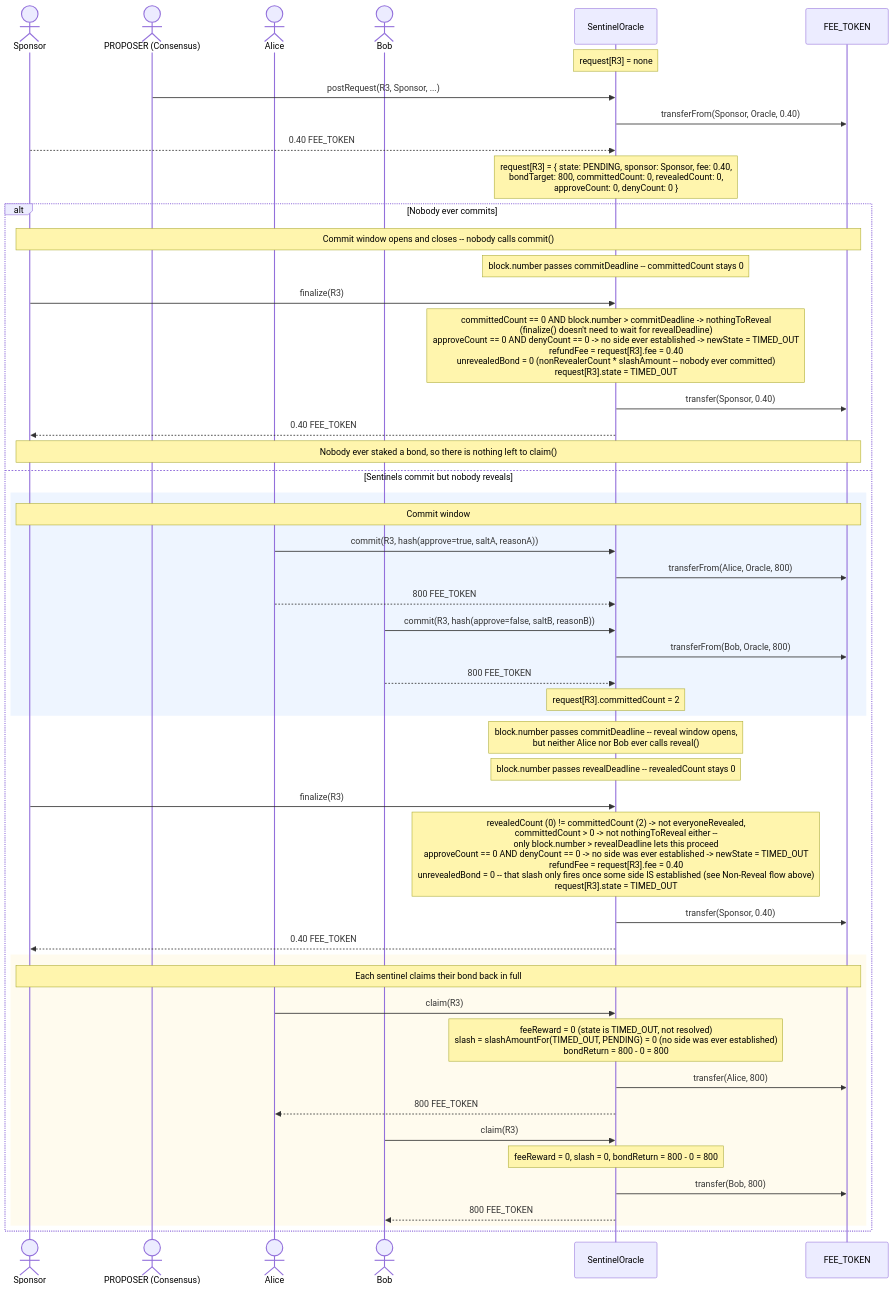
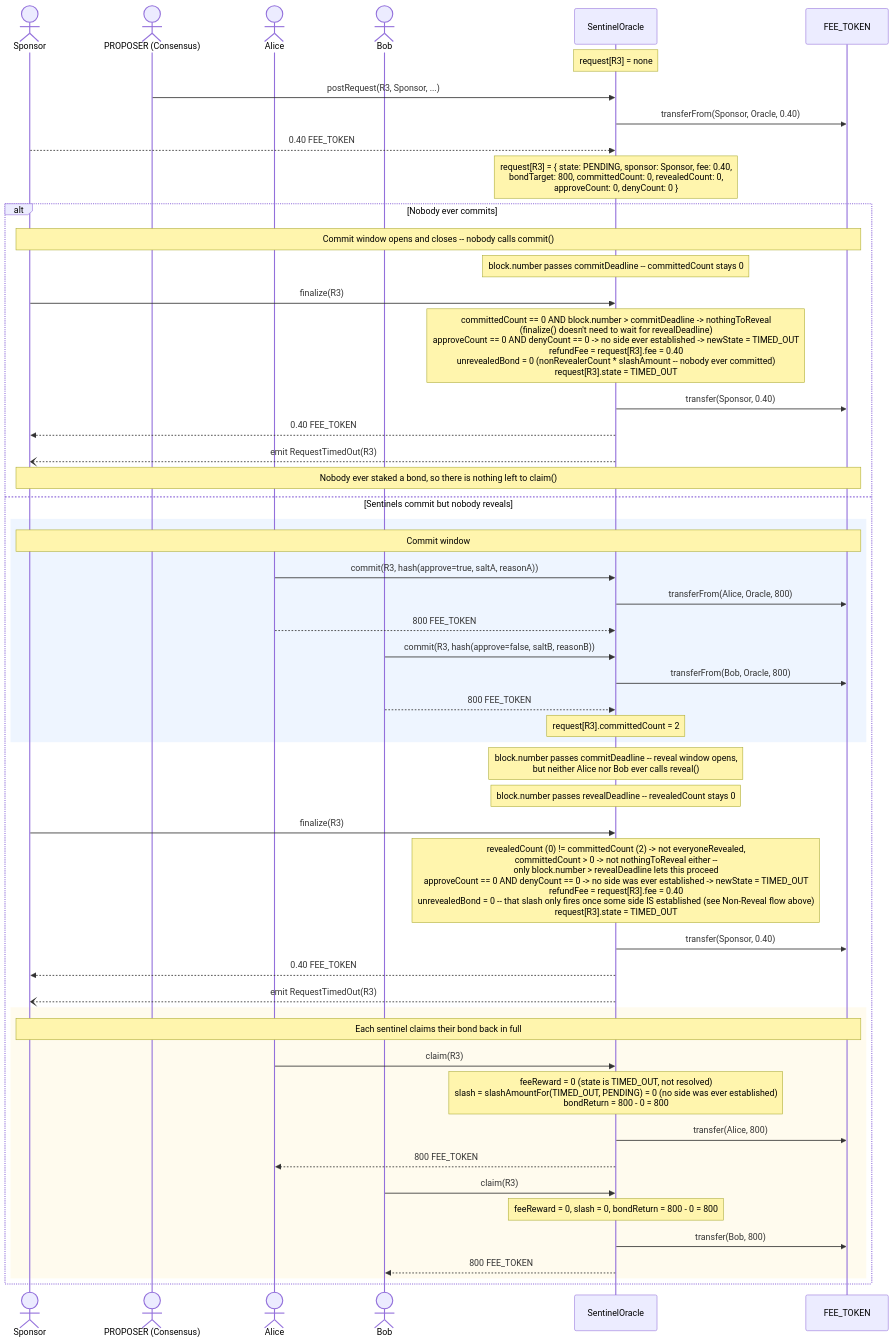
Before and after one commit to safe-research/safenet: the fifth of 5 diagrams in contracts/docs/SentinelOracle.md, drawn with Mermaid. The commit also changed other lines of this file and 2 other files, not shown here.

First line of the commit message:
Add additional oracle events

````diff
--- a/contracts/docs/SentinelOracle.md
+++ b/contracts/docs/SentinelOracle.md
@@ -327,61 +329,63 @@
 ```mermaid
 sequenceDiagram
     actor Sponsor
     actor Proposer as PROPOSER (Consensus)
     actor Alice
     actor Bob
     participant Oracle as SentinelOracle
     participant Token as FEE_TOKEN
 
     Note over Oracle: request[R3] = none
 
     Proposer->>Oracle: postRequest(R3, Sponsor, ...)
     Oracle->>Token: transferFrom(Sponsor, Oracle, 0.40)
     Sponsor-->>Oracle: 0.40 FEE_TOKEN
     Note over Oracle: request[R3] = { state: PENDING, sponsor: Sponsor, fee: 0.40,<br/>bondTarget: 800, committedCount: 0, revealedCount: 0,<br/>approveCount: 0, denyCount: 0 }
 
     alt Nobody ever commits
         Note over Sponsor,Token: Commit window opens and closes -- nobody calls commit()
         Note over Oracle: block.number passes commitDeadline -- committedCount stays 0
 
         Sponsor->>Oracle: finalize(R3)
         Note over Oracle: committedCount == 0 AND block.number > commitDeadline -> nothingToReveal<br/>(finalize() doesn't need to wait for revealDeadline)<br/>approveCount == 0 AND denyCount == 0 -> no side ever established -> newState = TIMED_OUT<br/>refundFee = request[R3].fee = 0.40<br/>unrevealedBond = 0 (nonRevealerCount * slashAmount -- nobody ever committed)<br/>request[R3].state = TIMED_OUT
         Oracle->>Token: transfer(Sponsor, 0.40)
         Oracle-->>Sponsor: 0.40 FEE_TOKEN
+        Oracle--)Sponsor: emit RequestTimedOut(R3)
 
         Note over Sponsor,Token: Nobody ever staked a bond, so there is nothing left to claim()
     else Sentinels commit but nobody reveals
         rect rgba(200,220,255,0.3)
             Note over Sponsor,Token: Commit window
             Alice->>Oracle: commit(R3, hash(approve=true, saltA, reasonA))
             Oracle->>Token: transferFrom(Alice, Oracle, 800)
             Alice-->>Oracle: 800 FEE_TOKEN
 
             Bob->>Oracle: commit(R3, hash(approve=false, saltB, reasonB))
             Oracle->>Token: transferFrom(Bob, Oracle, 800)
             Bob-->>Oracle: 800 FEE_TOKEN
             Note over Oracle: request[R3].committedCount = 2
         end
 
         Note over Oracle: block.number passes commitDeadline -- reveal window opens,<br/>but neither Alice nor Bob ever calls reveal()
         Note over Oracle: block.number passes revealDeadline -- revealedCount stays 0
 
         Sponsor->>Oracle: finalize(R3)
         Note over Oracle: revealedCount (0) != committedCount (2) -> not everyoneRevealed,<br/>committedCount > 0 -> not nothingToReveal either --<br/>only block.number > revealDeadline lets this proceed<br/>approveCount == 0 AND denyCount == 0 -> no side was ever established -> newState = TIMED_OUT<br/>refundFee = request[R3].fee = 0.40<br/>unrevealedBond = 0 -- that slash only fires once some side IS established (see Non-Reveal flow above)<br/>request[R3].state = TIMED_OUT
         Oracle->>Token: transfer(Sponsor, 0.40)
         Oracle-->>Sponsor: 0.40 FEE_TOKEN
+        Oracle--)Sponsor: emit RequestTimedOut(R3)
 
         rect rgba(255,240,200,0.3)
             Note over Sponsor,Token: Each sentinel claims their bond back in full
             Alice->>Oracle: claim(R3)
             Note over Oracle: feeReward = 0 (state is TIMED_OUT, not resolved)<br/>slash = slashAmountFor(TIMED_OUT, PENDING) = 0 (no side was ever established)<br/>bondReturn = 800 - 0 = 800
             Oracle->>Token: transfer(Alice, 800)
             Oracle-->>Alice: 800 FEE_TOKEN
 
             Bob->>Oracle: claim(R3)
             Note over Oracle: feeReward = 0, slash = 0, bondReturn = 800 - 0 = 800
             Oracle->>Token: transfer(Bob, 800)
             Oracle-->>Bob: 800 FEE_TOKEN
         end
     end
 ```
````
